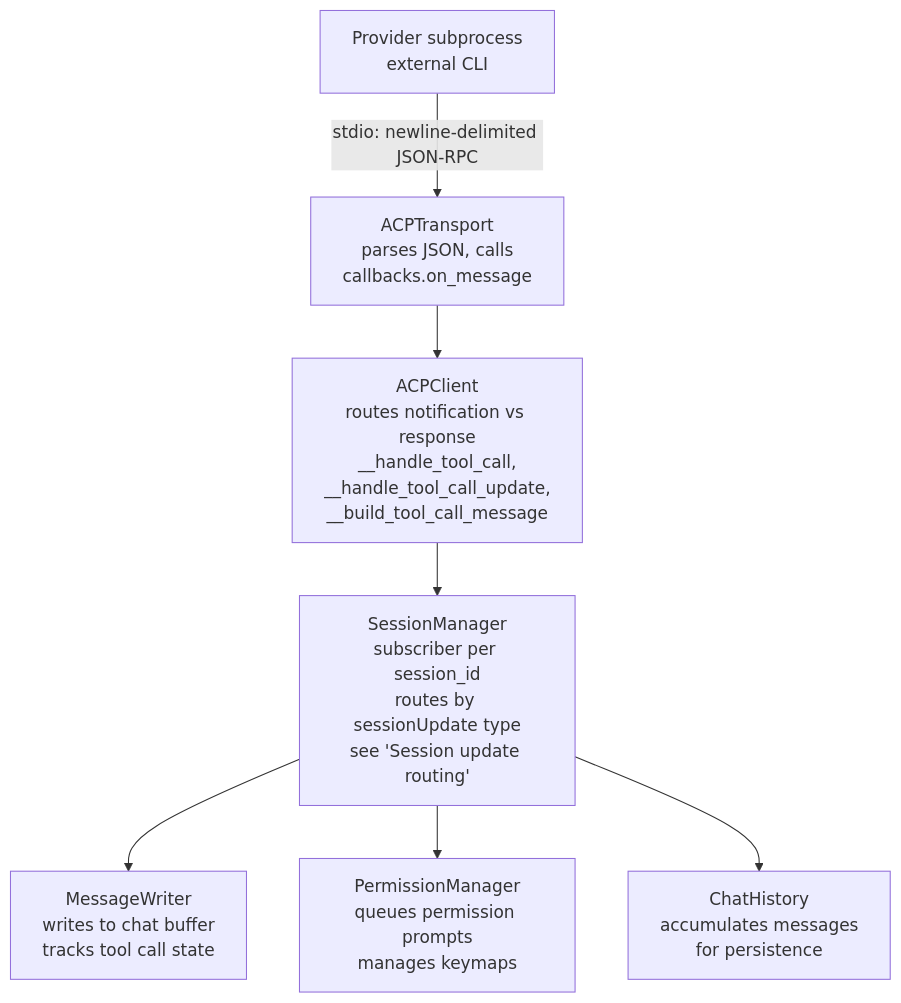
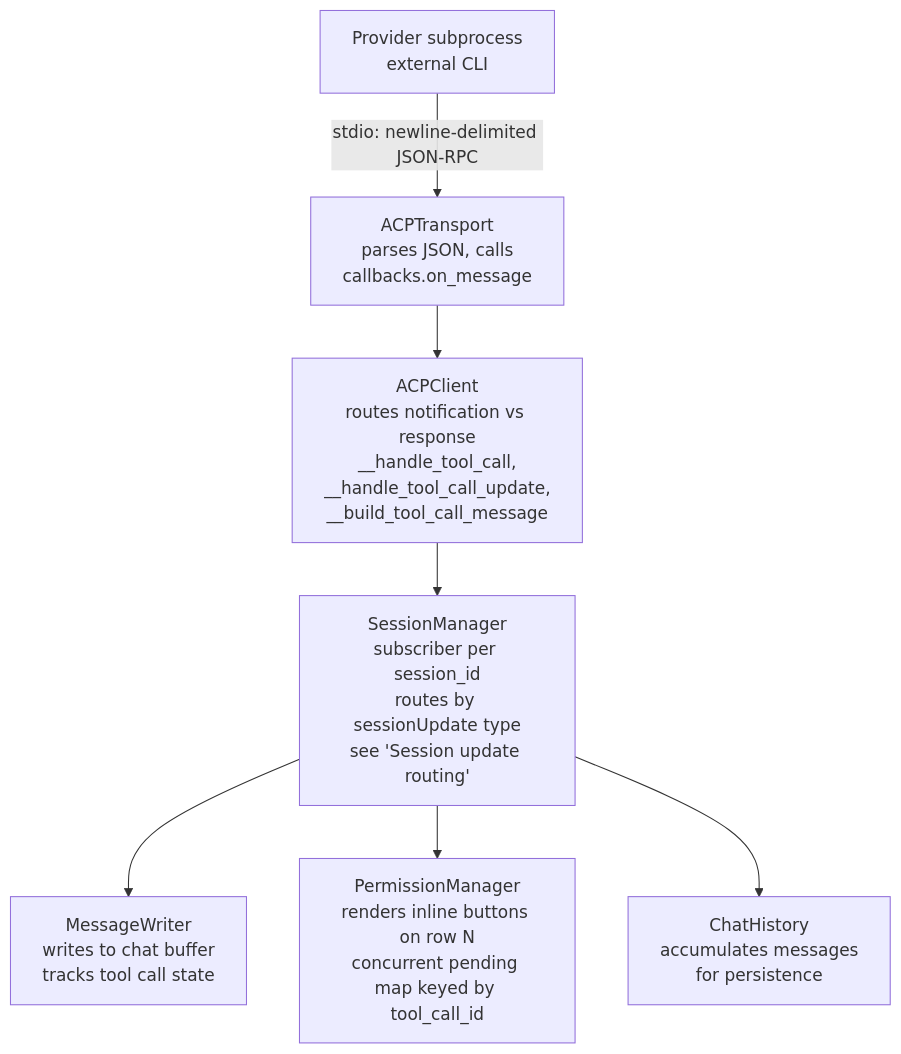
The first of 7 diagrams in lua/agentic/acp/AGENTS.md (carlos-algms/agentic.nvim), drawn with Mermaid before and after one commit. The commit also changed other lines of this file and 11 other files, not shown here.

````diff
--- a/lua/agentic/acp/AGENTS.md
+++ b/lua/agentic/acp/AGENTS.md
@@ -59,17 +59,17 @@
 ```mermaid
 flowchart TD
     Provider[Provider subprocess<br/>external CLI]
     Transport[ACPTransport<br/>parses JSON, calls<br/>callbacks.on_message]
     Client[ACPClient<br/>routes notification vs response<br/>__handle_tool_call,<br/>__handle_tool_call_update,<br/>__build_tool_call_message]
     Session[SessionManager<br/>subscriber per session_id<br/>routes by sessionUpdate type<br/>see 'Session update routing']
     Writer[MessageWriter<br/>writes to chat buffer<br/>tracks tool call state]
-    Perm[PermissionManager<br/>queues permission prompts<br/>manages keymaps]
+    Perm[PermissionManager<br/>renders inline buttons on row N<br/>concurrent pending map keyed by tool_call_id]
     History[ChatHistory<br/>accumulates messages<br/>for persistence]
 
     Provider -->|stdio: newline-delimited JSON-RPC| Transport
     Transport --> Client
     Client --> Session
     Session --> Writer
     Session --> Perm
     Session --> History
 ```
````
